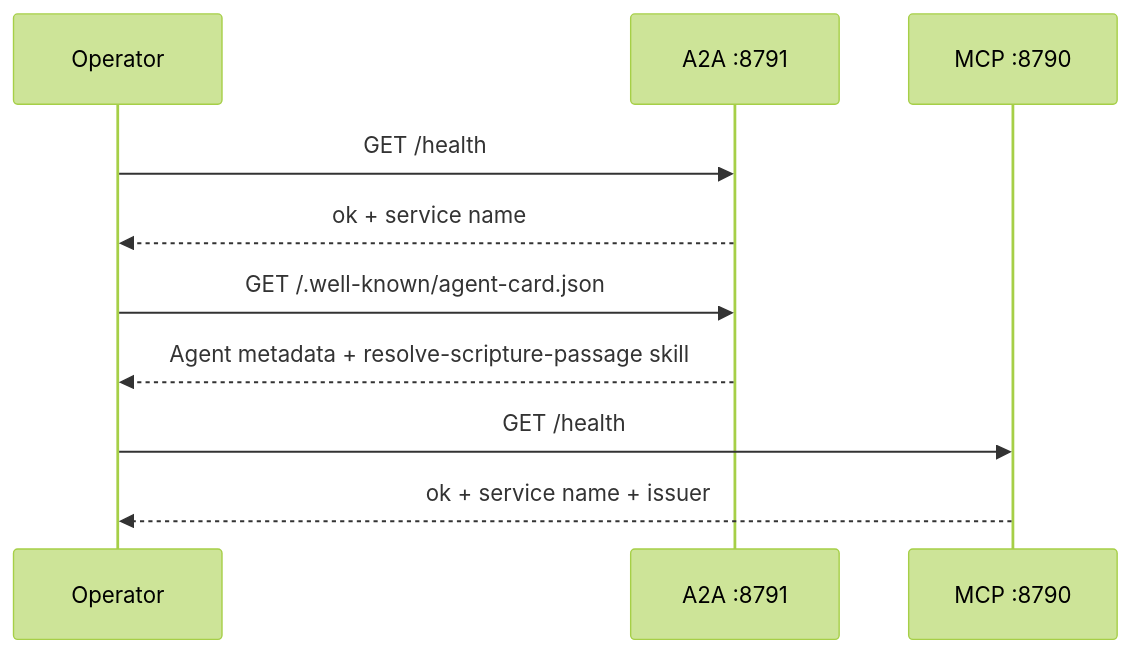
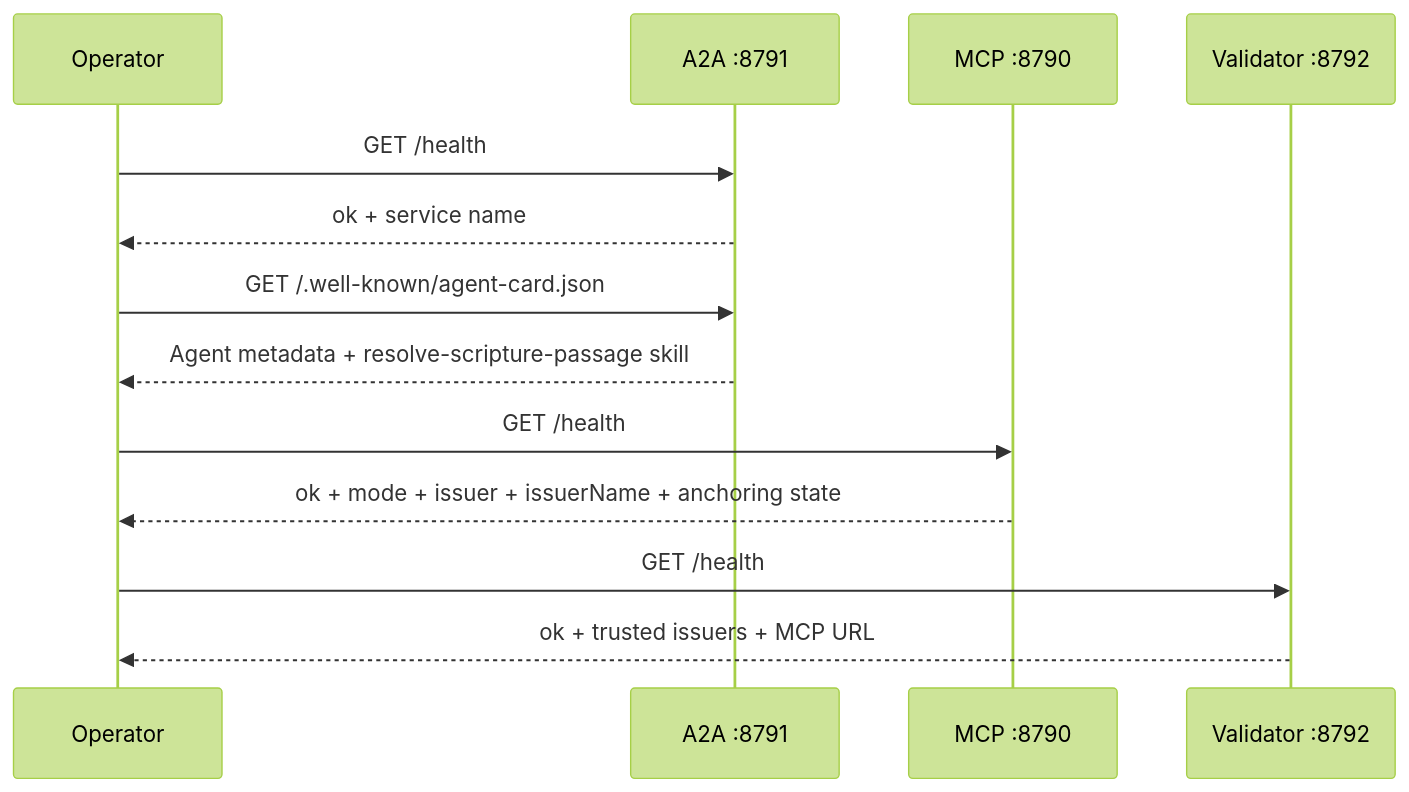
One commit to rpedersen3/verifiable-content-demo changed the second of 5 diagrams in documents/operational-architecture.md. Above: the diagram before and after it, drawn with Mermaid (forest theme). The commit also changed other lines of this file and 9 other files, not shown here.

````diff
--- a/documents/operational-architecture.md
+++ b/documents/operational-architecture.md
@@ -50,13 +61,16 @@
 ```mermaid
 sequenceDiagram
   participant Ops as Operator
   participant A2A as A2A :8791
   participant MCP as MCP :8790
+  participant Validator as Validator :8792
 
   Ops->>A2A: GET /health
   A2A-->>Ops: ok + service name
   Ops->>A2A: GET /.well-known/agent-card.json
   A2A-->>Ops: Agent metadata + resolve-scripture-passage skill
   Ops->>MCP: GET /health
-  MCP-->>Ops: ok + service name + issuer
+  MCP-->>Ops: ok + mode + issuer + issuerName + anchoring state
+  Ops->>Validator: GET /health
+  Validator-->>Ops: ok + trusted issuers + MCP URL
 ```
````
